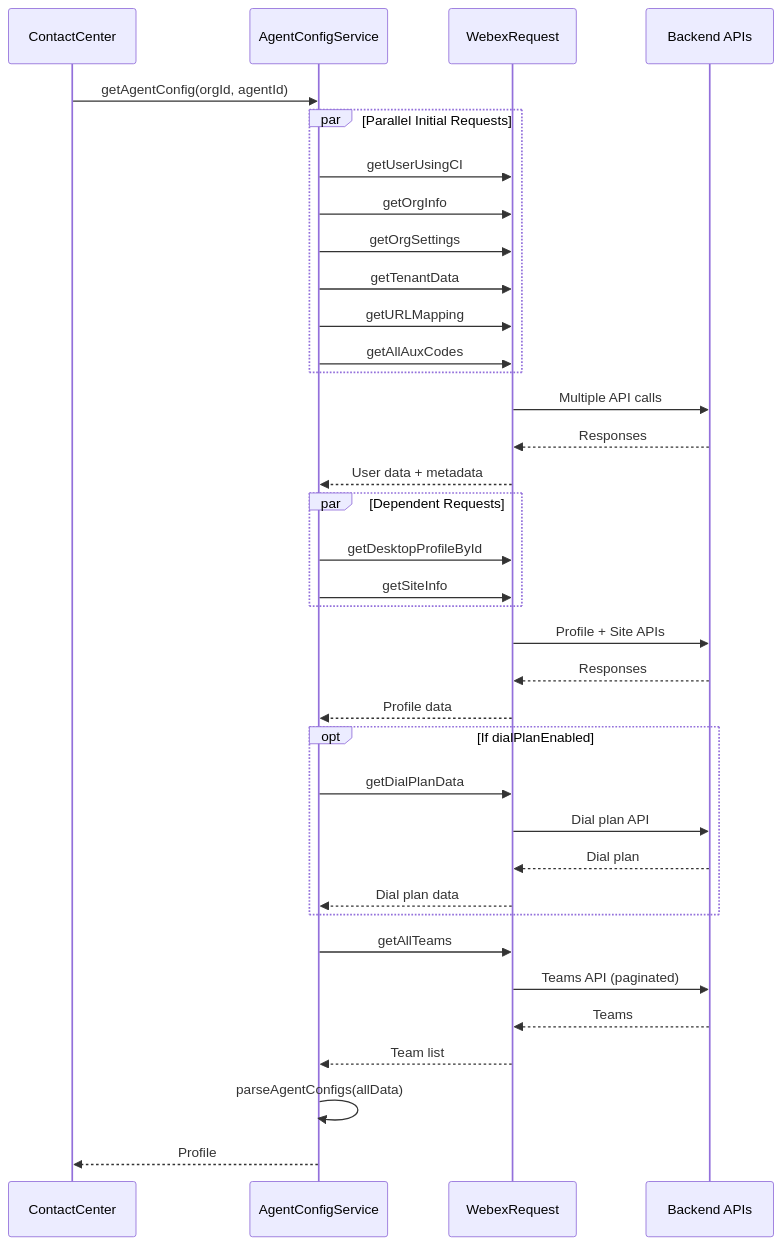
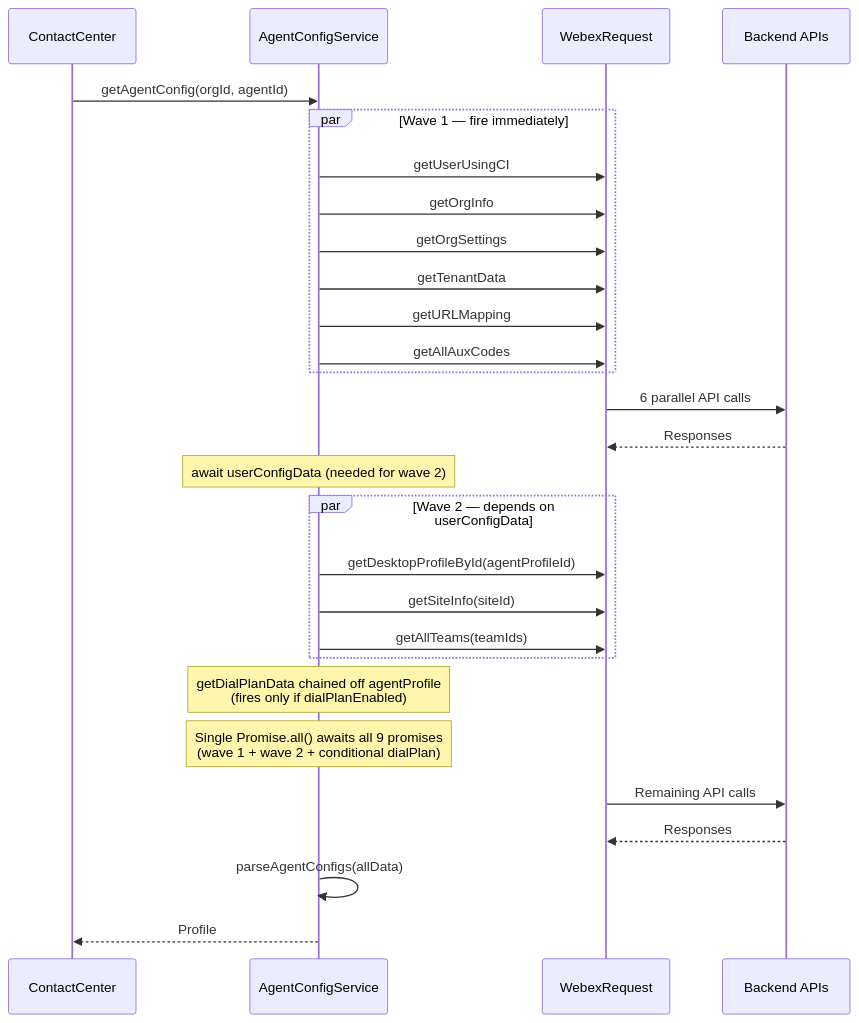
One commit to webex/webex-js-sdk changed the second of 2 diagrams in packages/@webex/contact-center/src/services/config/ai-docs/ARCHITECTURE.md. Above: the diagram before and after it, drawn with Mermaid. The commit also changed other lines of this file, not shown here.

Commit message:
docs(config): architecure review

````diff
--- a/packages/@webex/contact-center/src/services/config/ai-docs/ARCHITECTURE.md
+++ b/packages/@webex/contact-center/src/services/config/ai-docs/ARCHITECTURE.md
@@ -85,46 +70,38 @@
 ```mermaid
 sequenceDiagram
     participant CC as ContactCenter
     participant Cfg as AgentConfigService
     participant WR as WebexRequest
     participant API as Backend APIs
-    
+
     CC->>Cfg: getAgentConfig(orgId, agentId)
-    
-    par Parallel Initial Requests
+
+    par Wave 1 — fire immediately
         Cfg->>WR: getUserUsingCI
         Cfg->>WR: getOrgInfo
         Cfg->>WR: getOrgSettings
         Cfg->>WR: getTenantData
         Cfg->>WR: getURLMapping
         Cfg->>WR: getAllAuxCodes
     end
-    
-    WR->>API: Multiple API calls
+
+    WR->>API: 6 parallel API calls
     API-->>WR: Responses
-    WR-->>Cfg: User data + metadata
-    
-    par Dependent Requests
-        Cfg->>WR: getDesktopProfileById
-        Cfg->>WR: getSiteInfo
+    Note over Cfg: await userConfigData (needed for wave 2)
+
+    par Wave 2 — depends on userConfigData
+        Cfg->>WR: getDesktopProfileById(agentProfileId)
+        Cfg->>WR: getSiteInfo(siteId)
+        Cfg->>WR: getAllTeams(teamIds)
     end
-    
-    WR->>API: Profile + Site APIs
+
+    Note over Cfg: getDialPlanData chained off agentProfile<br/>(fires only if dialPlanEnabled)
+
+    Note over Cfg: Single Promise.all() awaits all 9 promises<br/>(wave 1 + wave 2 + conditional dialPlan)
+
+    WR->>API: Remaining API calls
     API-->>WR: Responses
-    WR-->>Cfg: Profile data
-    
-    opt If dialPlanEnabled
-        Cfg->>WR: getDialPlanData
-        WR->>API: Dial plan API
-        API-->>WR: Dial plan
-        WR-->>Cfg: Dial plan data
-    end
-    
-    Cfg->>WR: getAllTeams
-    WR->>API: Teams API (paginated)
-    API-->>WR: Teams
-    WR-->>Cfg: Team list
-    
+
     Cfg->>Cfg: parseAgentConfigs(allData)
     Cfg-->>CC: Profile
 ```
````
